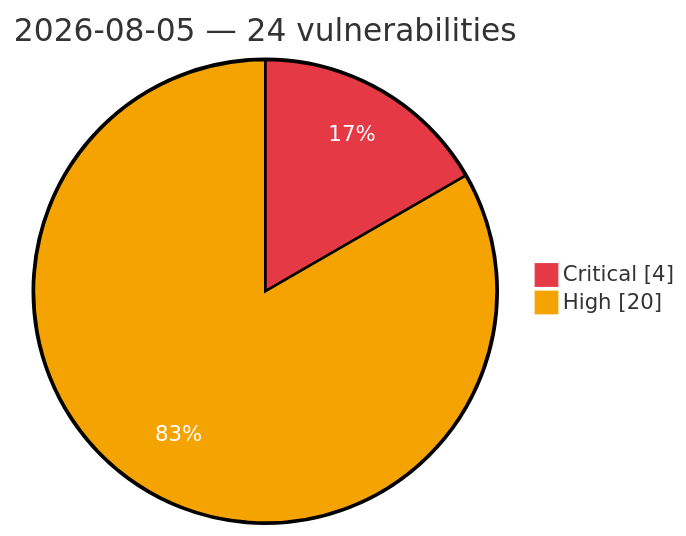
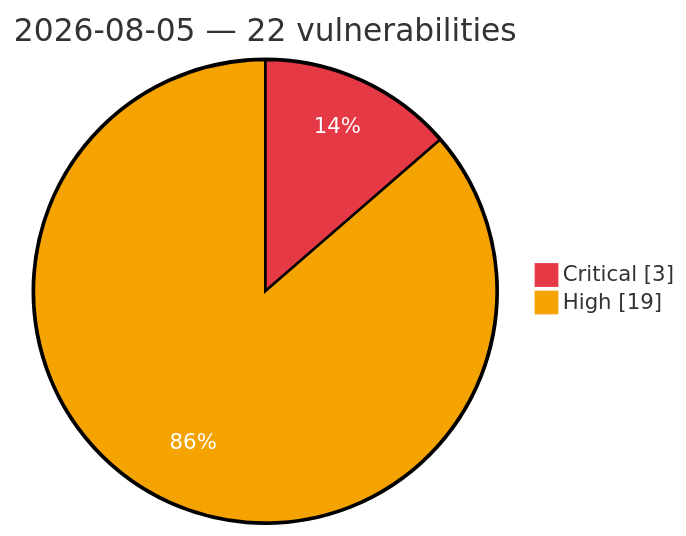
One commit to GhostX0X/vuln-tracker changed the diagram in vulnerabilities/2026-08-05.md. Above: the diagram before and after it, drawn with Mermaid. The commit also changed other lines of this file and 2 other files, not shown here.

Commit message:
Auto update: critical/high vulns (2026-08-06 09:10 UTC)

````diff
--- a/vulnerabilities/2026-08-05.md
+++ b/vulnerabilities/2026-08-05.md
@@ -3,7 +3,7 @@
 ```mermaid
 %%{init: {'theme':'base', 'themeVariables': {'pie1':'#e63946', 'pie2':'#f4a300', 'pieOpacity':'1', 'pieOuterStrokeWidth':'2px', 'pieSectionTextColor':'#ffffff'}}}%%
 pie showData
-    title 2026-08-05 — 24 vulnerabilities
-    "Critical" : 4
-    "High" : 20
+    title 2026-08-05 — 22 vulnerabilities
+    "Critical" : 3
+    "High" : 19
 ```
````
